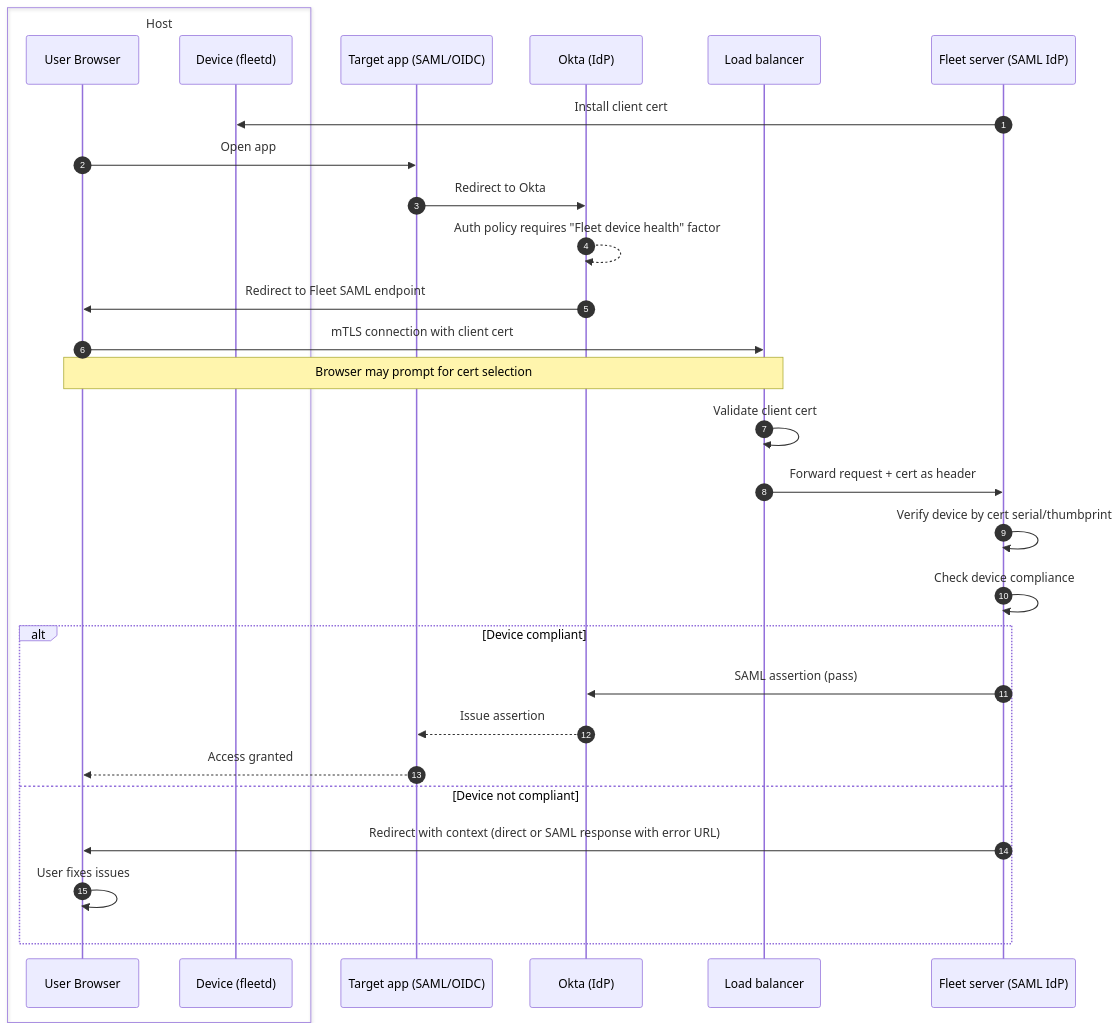
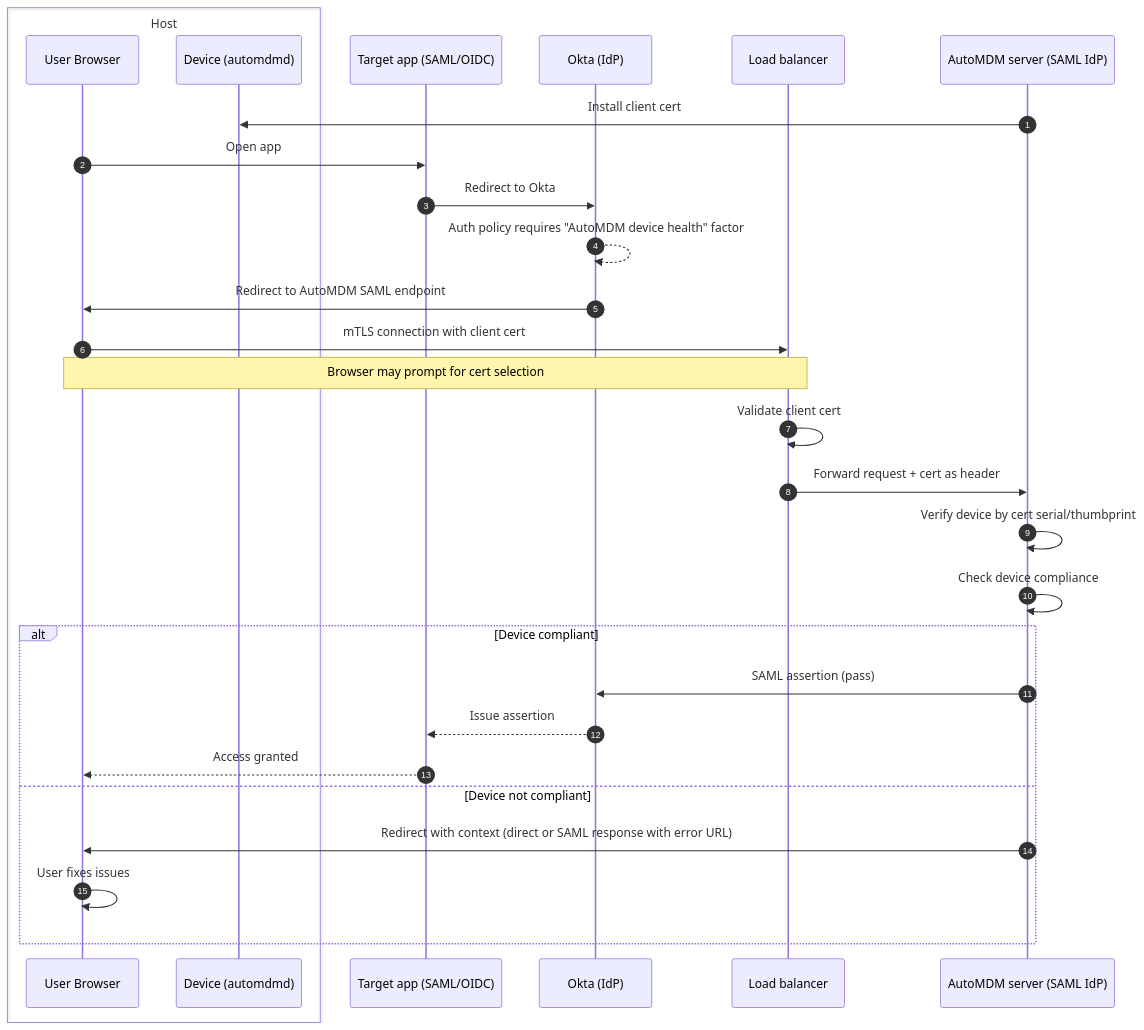
Before and after one commit to anilyagiz/AutoMDM: the second of 4 diagrams in docs/Contributing/authentication/okta-conditional-access.md, drawn with Mermaid. The commit also changed other lines of this file and 7979 other files, not shown here.

First line of the commit message:
Rebrand Fleet as AutoMDM (mechanical pass)

````diff
--- a/docs/Contributing/authentication/okta-conditional-access.md
+++ b/docs/Contributing/authentication/okta-conditional-access.md
@@ -74,32 +74,32 @@
 ```mermaid
 sequenceDiagram
     autonumber
     box Host
       participant U as User Browser
-      participant D as Device (fleetd)
+      participant D as Device (automdmd)
     end
     participant A as Target app (SAML/OIDC)
     participant O as Okta (IdP)
     participant LB as Load balancer
-    participant F as Fleet server (SAML IdP)
+    participant F as AutoMDM server (SAML IdP)
     
     F->>D: Install client cert
     U->>A: Open app
     A->>O: Redirect to Okta
-    O-->>O: Auth policy requires "Fleet device health" factor
-    O->>U: Redirect to Fleet SAML endpoint
+    O-->>O: Auth policy requires "AutoMDM device health" factor
+    O->>U: Redirect to AutoMDM SAML endpoint
     U->>LB: mTLS connection with client cert
     Note over U,LB: Browser may prompt for cert selection
     LB->>LB: Validate client cert
     LB->>F: Forward request + cert as header
     F->>F: Verify device by cert serial/thumbprint
     F->>F: Check device compliance
     alt Device compliant
         F->>O: SAML assertion (pass)
         O-->>A: Issue assertion
         A-->>U: Access granted
     else Device not compliant
         F->>U: Redirect with context (direct or SAML response with error URL)
         U->>U: User fixes issues
     end
 ```
````
